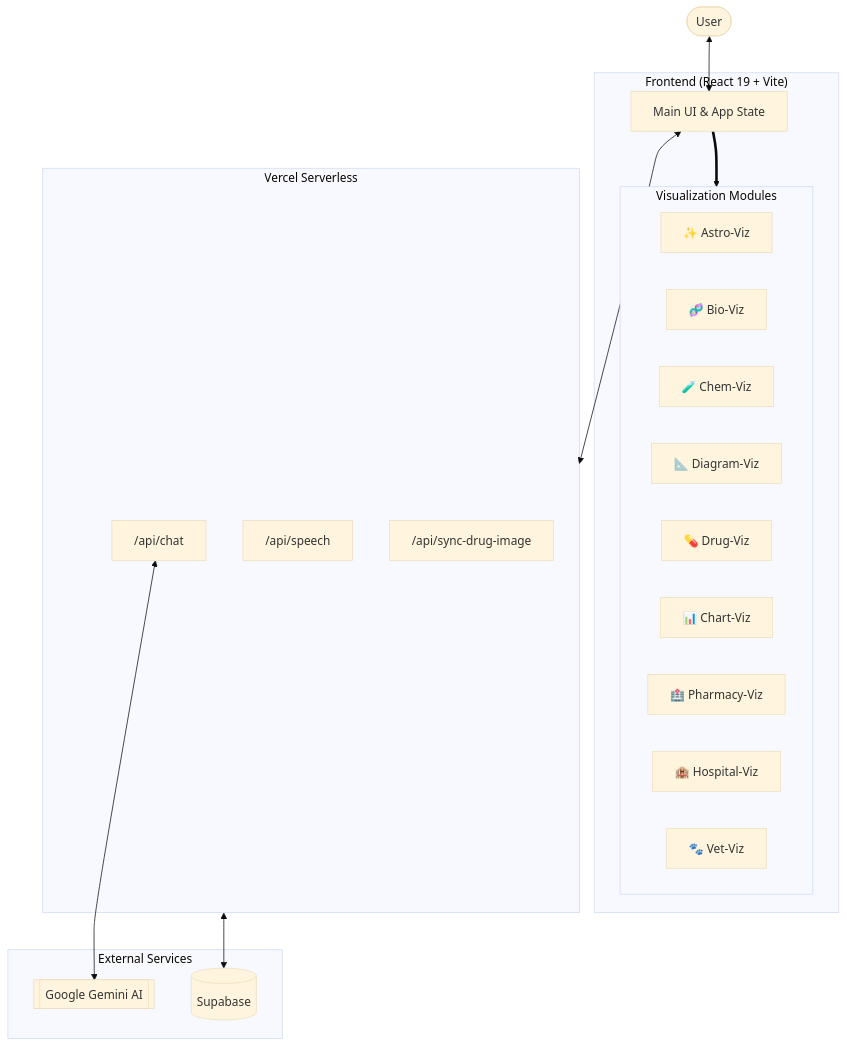
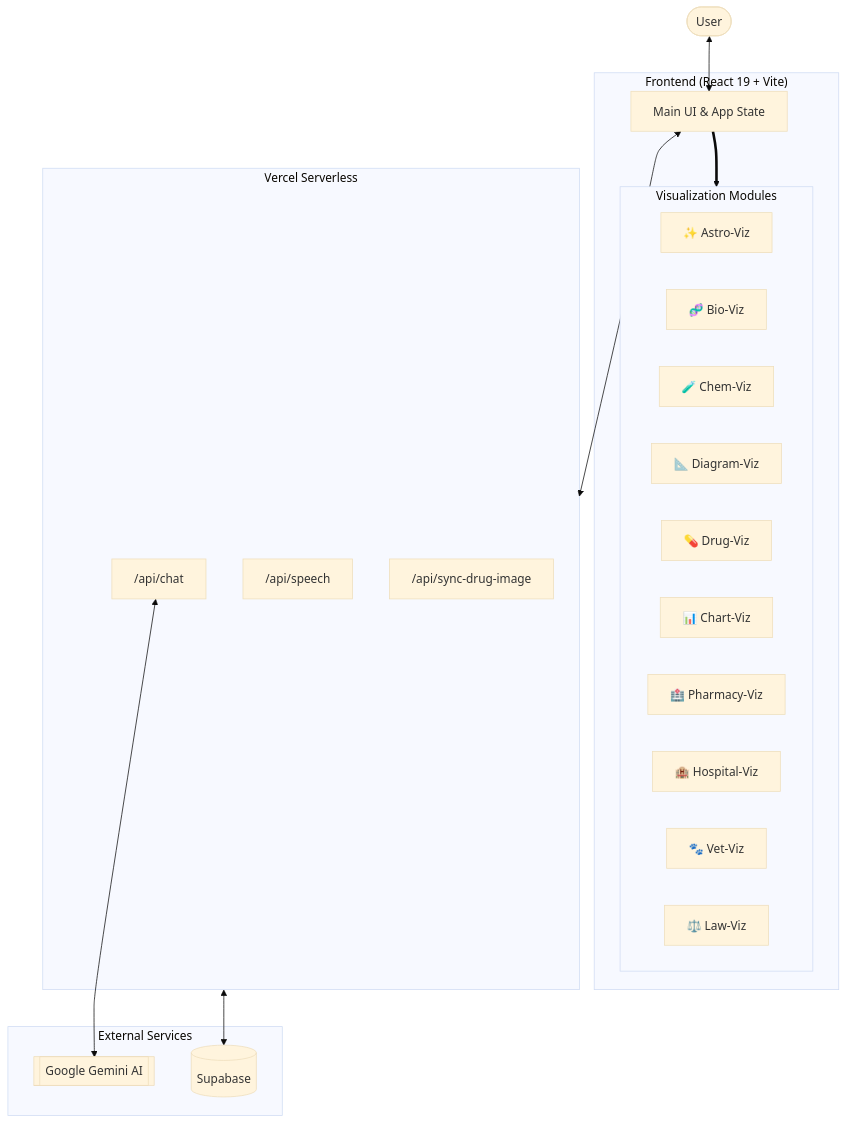
Before and after one commit to jpjp92/chat-agent: the first of 2 diagrams in README.md, drawn with Mermaid (base theme). The commit also changed other lines of this file and 16 other files, not shown here.

````diff
--- a/README.md
+++ b/README.md
@@ -64,28 +71,28 @@
 ```mermaid
 flowchart TB
     User([User])
 
     subgraph Frontend ["Frontend (React 19 + Vite)"]
         UI[Main UI & App State]
         subgraph Visualizers ["Visualization Modules"]
             Astro["✨ Astro-Viz"] & Bio["🧬 Bio-Viz"] & Chem["🧪 Chem-Viz"]
             Diagram["📐 Diagram-Viz"] & Drug["💊 Drug-Viz"] & Charts["📊 Chart-Viz"]
-            Pharmacy["🏥 Pharmacy-Viz"] & Hospital["🏨 Hospital-Viz"] & Vet["🐾 Vet-Viz"]
+            Pharmacy["🏥 Pharmacy-Viz"] & Hospital["🏨 Hospital-Viz"] & Vet["🐾 Vet-Viz"] & Law["⚖️ Law-Viz"]
         end
     end
 
     subgraph Backend ["Vercel Serverless"]
         ChatPipe["/api/chat"] & TTS["/api/speech"] & Sync["/api/sync-drug-image"]
     end
 
     subgraph Providers ["External Services"]
         Gemini[["Google Gemini AI"]]
         Supabase[("Supabase")]
     end
 
     User <--> UI
     UI ==> Visualizers
     UI <--> Backend
     ChatPipe <--> Gemini
     Backend <--> Supabase
 ```
````
